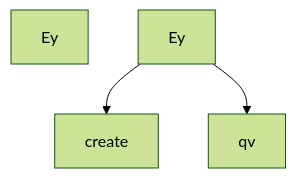
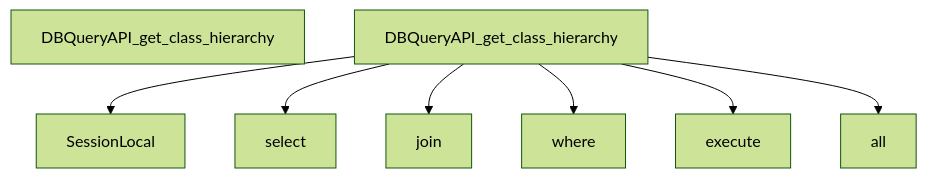
Before and after one commit to hazalkoom/DECODEx01: diagram 15 of 28 in docs/DATA_FLOW.md, drawn with Mermaid (forest theme). The commit also changed other lines of this file and 6 other files, not shown here.

Commit message:
feat: NLG heuristic improvements - stricter schema matching, python decorator parsing, utility path pruning

````diff
--- a/docs/DATA_FLOW.md
+++ b/docs/DATA_FLOW.md
@@ -553,13 +569,29 @@
 ```mermaid
 graph TD
-    Start[Ey]
+    Start[DBQueryAPI_get_class_hierarchy]
 
 
-    Ey --> create
+    DBQueryAPI_get_class_hierarchy --> SessionLocal
 
 
 
-    Ey --> qv
+    DBQueryAPI_get_class_hierarchy --> select
+
+
+
+    DBQueryAPI_get_class_hierarchy --> join
+
+
+
+    DBQueryAPI_get_class_hierarchy --> where
+
+
+
+    DBQueryAPI_get_class_hierarchy --> execute
+
+
+
+    DBQueryAPI_get_class_hierarchy --> all
 
 
 ```
````
